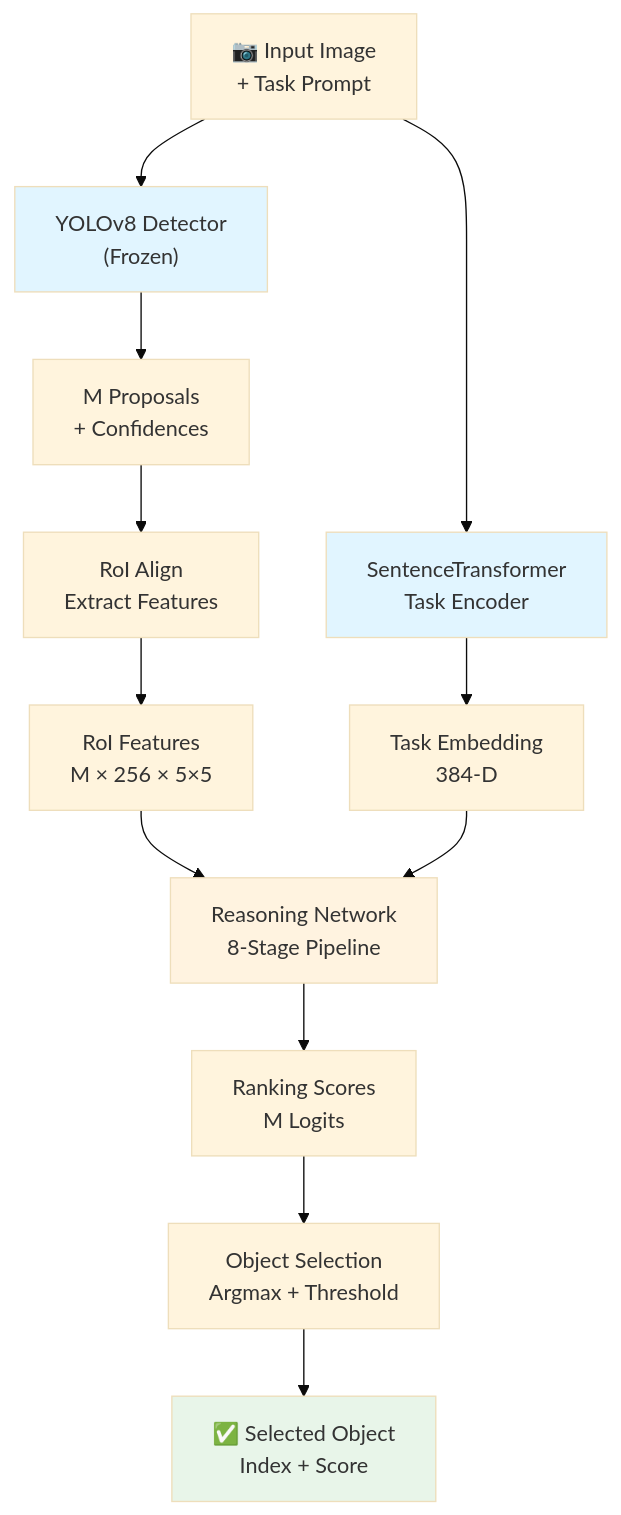
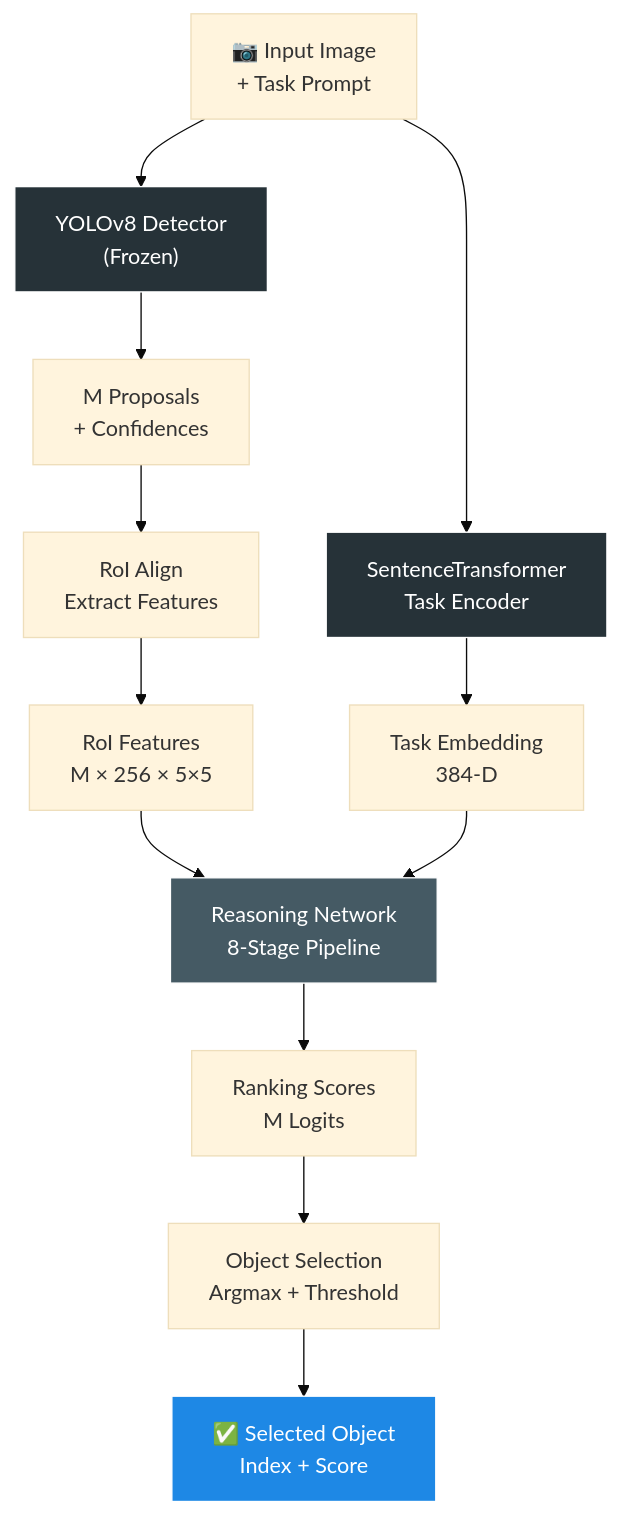
One commit to SavioJohnson007/Task_Driven_Object_Detection changed the first of 5 diagrams in task_aware_object_selection/README.md. Above: the diagram before and after it, drawn with Mermaid (base theme). The commit also changed other lines of this file and 3 other files, not shown here.

````diff
--- a/task_aware_object_selection/README.md
+++ b/task_aware_object_selection/README.md
@@ -56,26 +56,26 @@
 ```mermaid
 graph TB
     Input["📷 Input Image<br/>+ Task Prompt"]
     
     Input --> YOLO["YOLOv8 Detector<br/>(Frozen)"]
     Input --> TaskEnc["SentenceTransformer<br/>Task Encoder"]
     
     YOLO --> Boxes["M Proposals<br/>+ Confidences"]
     TaskEnc --> TaskEmb["Task Embedding<br/>384-D"]
     
     Boxes --> RoI["RoI Align<br/>Extract Features"]
     RoI --> RoIFeat["RoI Features<br/>M × 256 × 5×5"]
     
     RoIFeat --> ReasonNet["Reasoning Network<br/>8-Stage Pipeline"]
     TaskEmb --> ReasonNet
     
     ReasonNet --> Scores["Ranking Scores<br/>M Logits"]
     Scores --> Select["Object Selection<br/>Argmax + Threshold"]
     
     Select --> Output["✅ Selected Object<br/>Index + Score"]
     
-    style YOLO fill:#e1f5ff
-    style TaskEnc fill:#e1f5ff
-    style ReasonNet fill:#fff3e0
-    style Output fill:#e8f5e9
+    style YOLO fill:#263238,stroke:#ffffff,stroke-width:1px,color:#ffffff
+    style TaskEnc fill:#263238,stroke:#ffffff,stroke-width:1px,color:#ffffff
+    style ReasonNet fill:#455A64,stroke:#ffffff,stroke-width:1px,color:#ffffff
+    style Output fill:#1E88E5,stroke:#ffffff,stroke-width:1px,color:#ffffff
 ```
````
